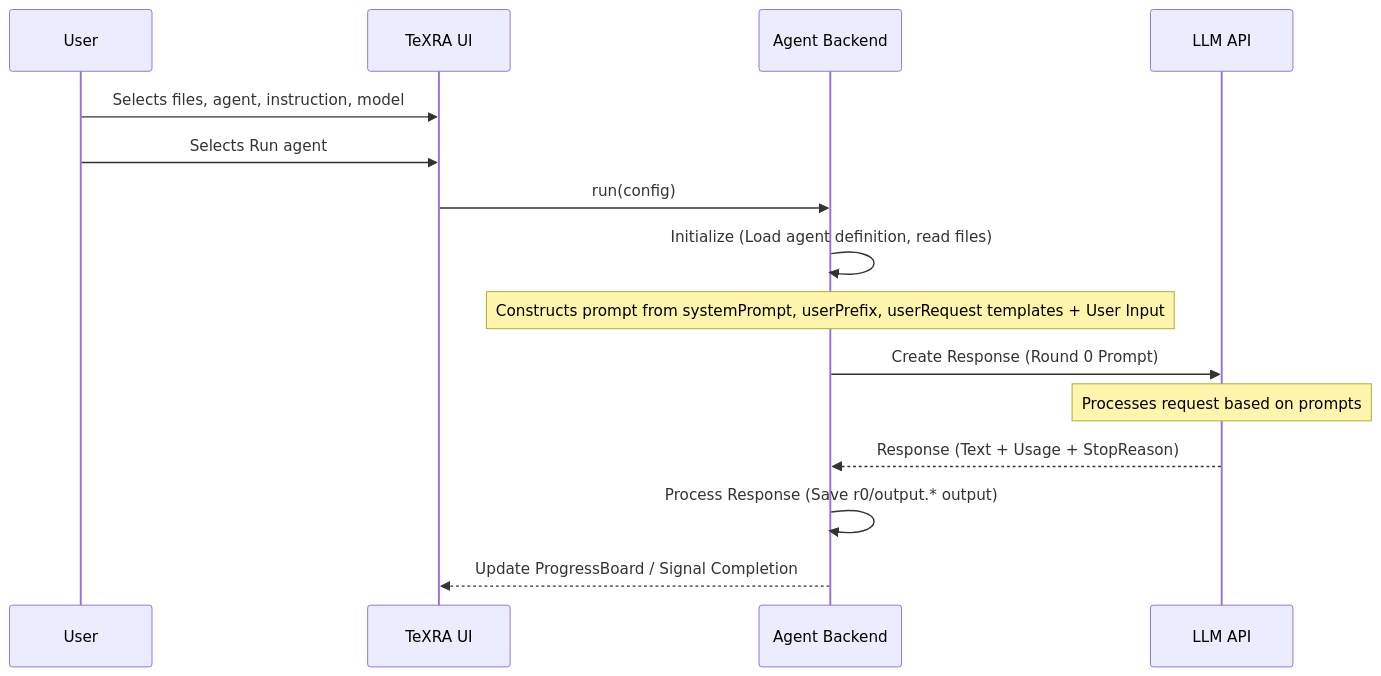
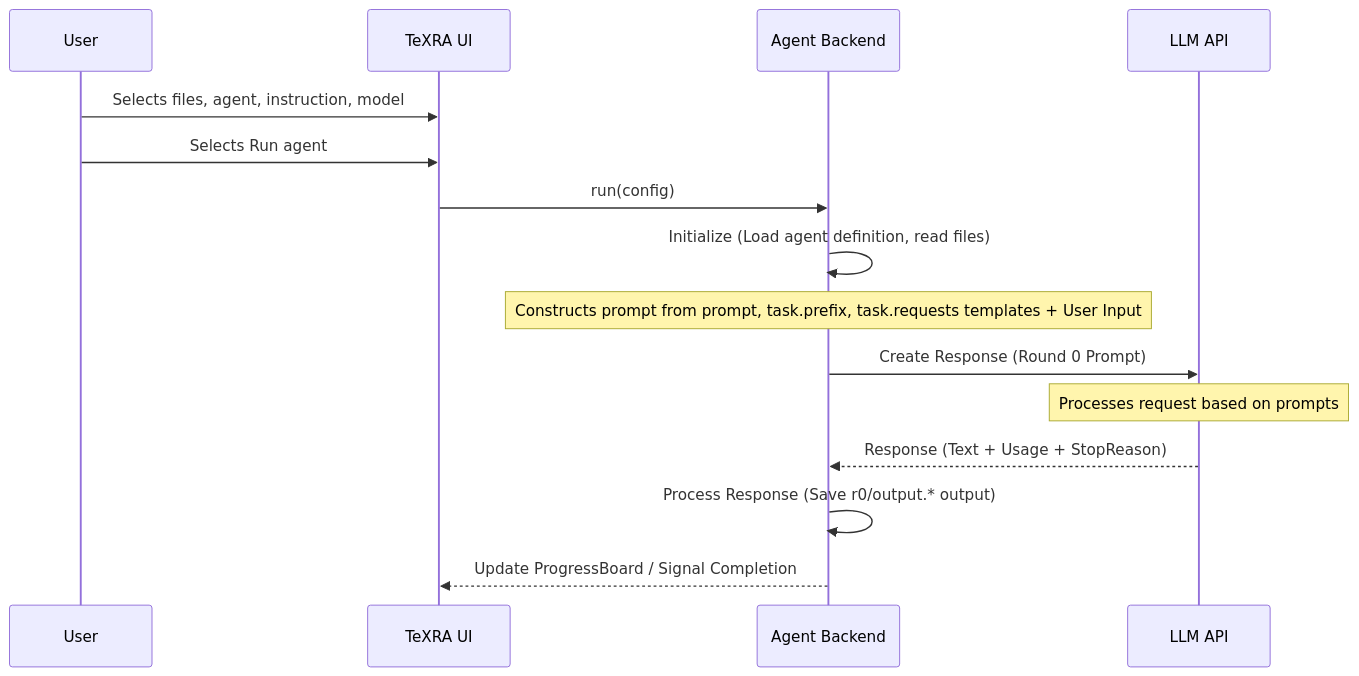
The diagram in docs/guide/agent-architecture.md (LionSR/TeXRA), drawn with Mermaid before and after one commit. The commit also changed other lines of this file and 110 other files, not shown here.

First line of the commit message:
feat!(agents): flat persona agent files with an optional task block (R2)

````diff
--- a/docs/guide/agent-architecture.md
+++ b/docs/guide/agent-architecture.md
@@ -52,18 +52,18 @@
 ```mermaid
 sequenceDiagram
     participant User
     participant TeXRA UI
     participant Agent Backend
     participant LLM API
 
     User->>TeXRA UI: Selects files, agent, instruction, model
     User->>TeXRA UI: Selects Run agent
     TeXRA UI->>Agent Backend: run(config)
     Agent Backend->>Agent Backend: Initialize (Load agent definition, read files)
-    Note over Agent Backend: Constructs prompt from systemPrompt, userPrefix, userRequest templates + User Input
+    Note over Agent Backend: Constructs prompt from prompt, task.prefix, task.requests templates + User Input
     Agent Backend->>LLM API: Create Response (Round 0 Prompt)
     Note over LLM API: Processes request based on prompts
     LLM API-->>Agent Backend: Response (Text + Usage + StopReason)
     Agent Backend->>Agent Backend: Process Response (Save r0/output.* output)
     Agent Backend-->>TeXRA UI: Update ProgressBoard / Signal Completion
 ```
````
